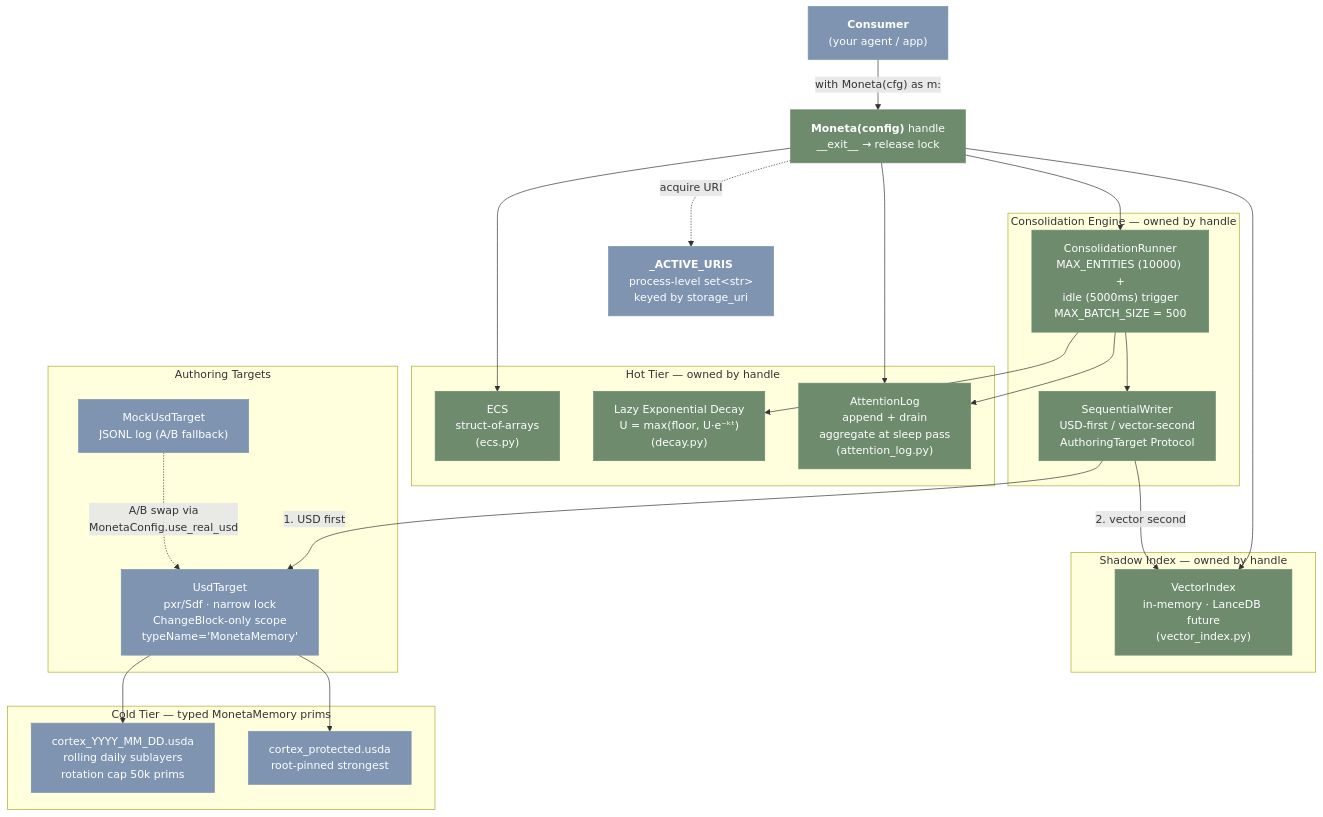
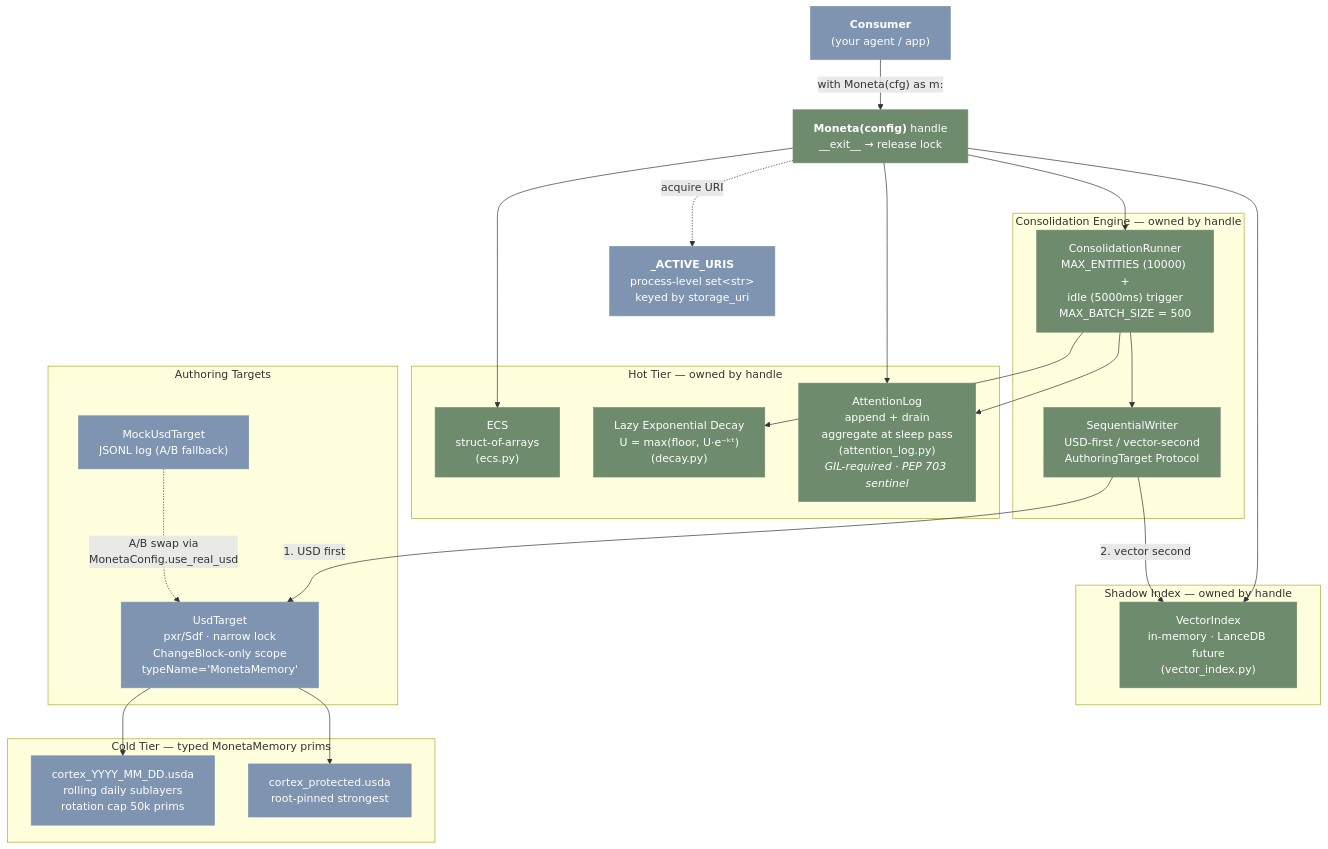
One commit to JosephOIbrahim/Moneta changed the first of 9 diagrams in README.md. Above: the diagram before and after it, drawn with Mermaid. The commit also changed other lines of this file, not shown here.

````diff
--- a/README.md
+++ b/README.md
@@ -157,52 +158,52 @@
 ```mermaid
 graph TB
     consumer["<b>Consumer</b><br/>(your agent / app)"]
     handle["<b>Moneta(config)</b> handle<br/>__exit__ → release lock"]
     registry["<b>_ACTIVE_URIS</b><br/>process-level set&lt;str&gt;<br/>keyed by storage_uri"]
 
     subgraph hot["Hot Tier — owned by handle"]
         ECS["ECS<br/>struct-of-arrays<br/>(ecs.py)"]
         Decay["Lazy Exponential Decay<br/>U = max(floor, U·e⁻ᵏᵗ)<br/>(decay.py)"]
-        AttLog["AttentionLog<br/>append + drain<br/>aggregate at sleep pass<br/>(attention_log.py)"]
+        AttLog["AttentionLog<br/>append + drain<br/>aggregate at sleep pass<br/>(attention_log.py)<br/><i>GIL-required · PEP 703 sentinel</i>"]
     end
 
     subgraph shadow["Shadow Index — owned by handle"]
         VecIdx["VectorIndex<br/>in-memory · LanceDB future<br/>(vector_index.py)"]
     end
 
     subgraph consolidation["Consolidation Engine — owned by handle"]
         Runner["ConsolidationRunner<br/>MAX_ENTITIES (10000) +<br/>idle (5000ms) trigger<br/>MAX_BATCH_SIZE = 500"]
         SeqWriter["SequentialWriter<br/>USD-first / vector-second<br/>AuthoringTarget Protocol"]
     end
 
     subgraph targets["Authoring Targets"]
         Real["UsdTarget<br/>pxr/Sdf · narrow lock<br/>ChangeBlock-only scope<br/>typeName='MonetaMemory'"]
         Mock["MockUsdTarget<br/>JSONL log (A/B fallback)"]
     end
 
     subgraph cold["Cold Tier — typed MonetaMemory prims"]
         Rolling["cortex_YYYY_MM_DD.usda<br/>rolling daily sublayers<br/>rotation cap 50k prims"]
         Protected["cortex_protected.usda<br/>root-pinned strongest"]
     end
 
     consumer -->|"with Moneta(cfg) as m:"| handle
     handle -.->|"acquire URI"| registry
     handle --> ECS
     handle --> AttLog
     handle --> VecIdx
     handle --> Runner
     Runner --> AttLog
     Runner --> Decay
     Runner --> SeqWriter
     SeqWriter -->|"1. USD first"| Real
     SeqWriter -->|"2. vector second"| VecIdx
     Real --> Rolling
     Real --> Protected
     Mock -.->|"A/B swap via<br/>MonetaConfig.use_real_usd"| Real
 
     classDef green fill:#6E8B6E,color:#fff,stroke:#6E8B6E
     classDef blue fill:#7E94B0,color:#fff,stroke:#7E94B0
 
     class handle,ECS,Decay,AttLog,VecIdx,Runner,SeqWriter green
     class consumer,registry,Real,Mock,Rolling,Protected blue
 ```
````
